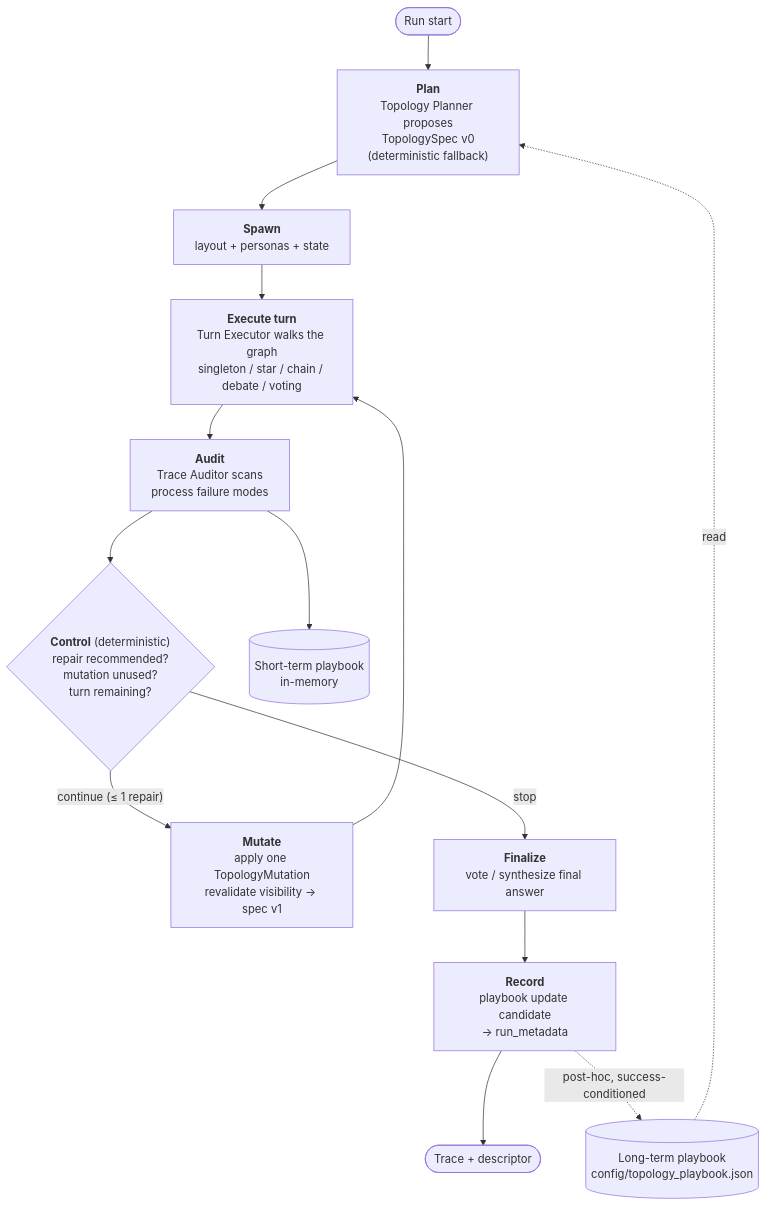
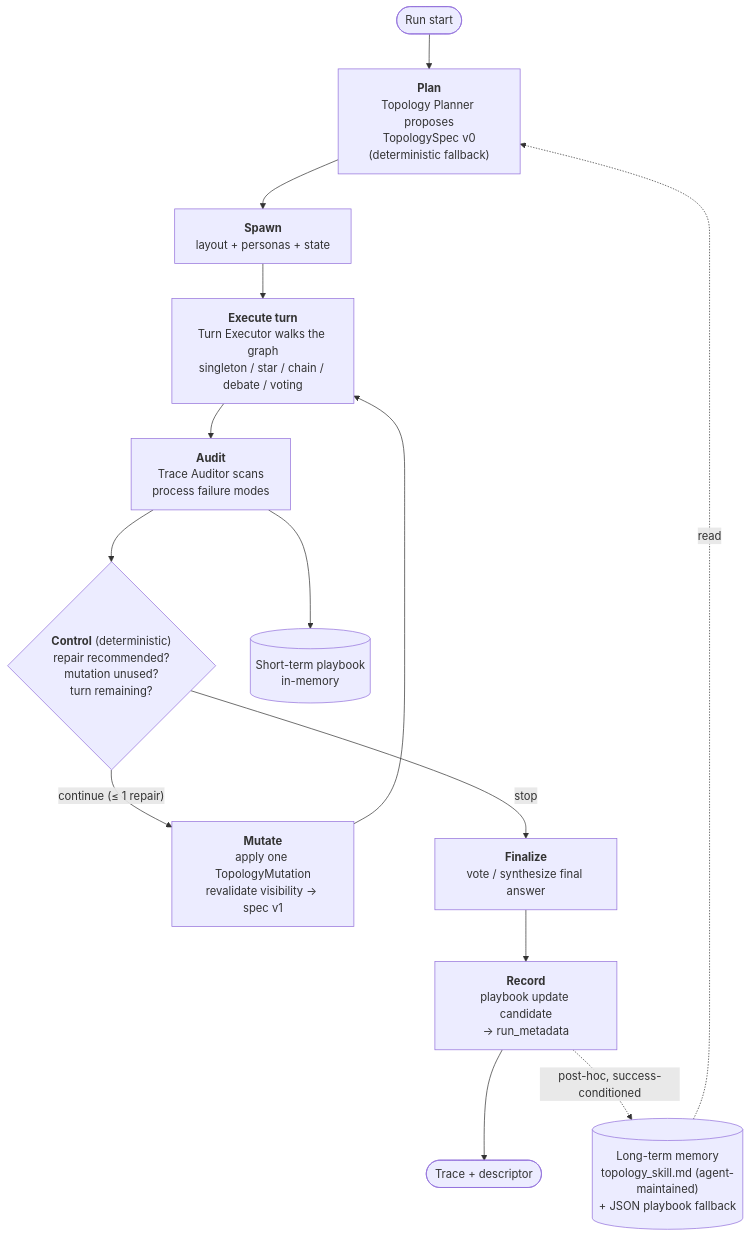
Before and after one commit to mao-code/MAS_Analyzer: the diagram in README.md, drawn with Mermaid. The commit also changed other lines of this file and 11 other files, not shown here.

First line of the commit message:
Long-term playbook as an agent-maintained markdown skill (SKILL.md)

````diff
--- a/README.md
+++ b/README.md
@@ -509,25 +509,25 @@
 ```mermaid
 flowchart TD
     Start([Run start]) --> Plan
-    PB[("Long-term playbook<br/>config/topology_playbook.json")]
+    PB[("Long-term memory<br/>topology_skill.md (agent-maintained)<br/>+ JSON playbook fallback")]
     PB -. read .-> Plan
 
     Plan["<b>Plan</b><br/>Topology Planner proposes<br/>TopologySpec v0<br/>(deterministic fallback)"]
     Spawn["<b>Spawn</b><br/>layout + personas + state"]
     Execute["<b>Execute turn</b><br/>Turn Executor walks the graph<br/>singleton / star / chain / debate / voting"]
     Audit["<b>Audit</b><br/>Trace Auditor scans<br/>process failure modes"]
     Control{"<b>Control</b> (deterministic)<br/>repair recommended?<br/>mutation unused?<br/>turn remaining?"}
     Mutate["<b>Mutate</b><br/>apply one TopologyMutation<br/>revalidate visibility → spec v1"]
     Finalize["<b>Finalize</b><br/>vote / synthesize final answer"]
     Record["<b>Record</b><br/>playbook update candidate<br/>→ run_metadata"]
     Done([Trace + descriptor])
     ST[("Short-term playbook<br/>in-memory")]
 
     Plan --> Spawn --> Execute --> Audit
     Audit --> ST
     Audit --> Control
     Control -- "continue (≤ 1 repair)" --> Mutate
     Mutate --> Execute
     Control -- stop --> Finalize --> Record --> Done
     Record -. "post-hoc, success-conditioned" .-> PB
 ```
````
